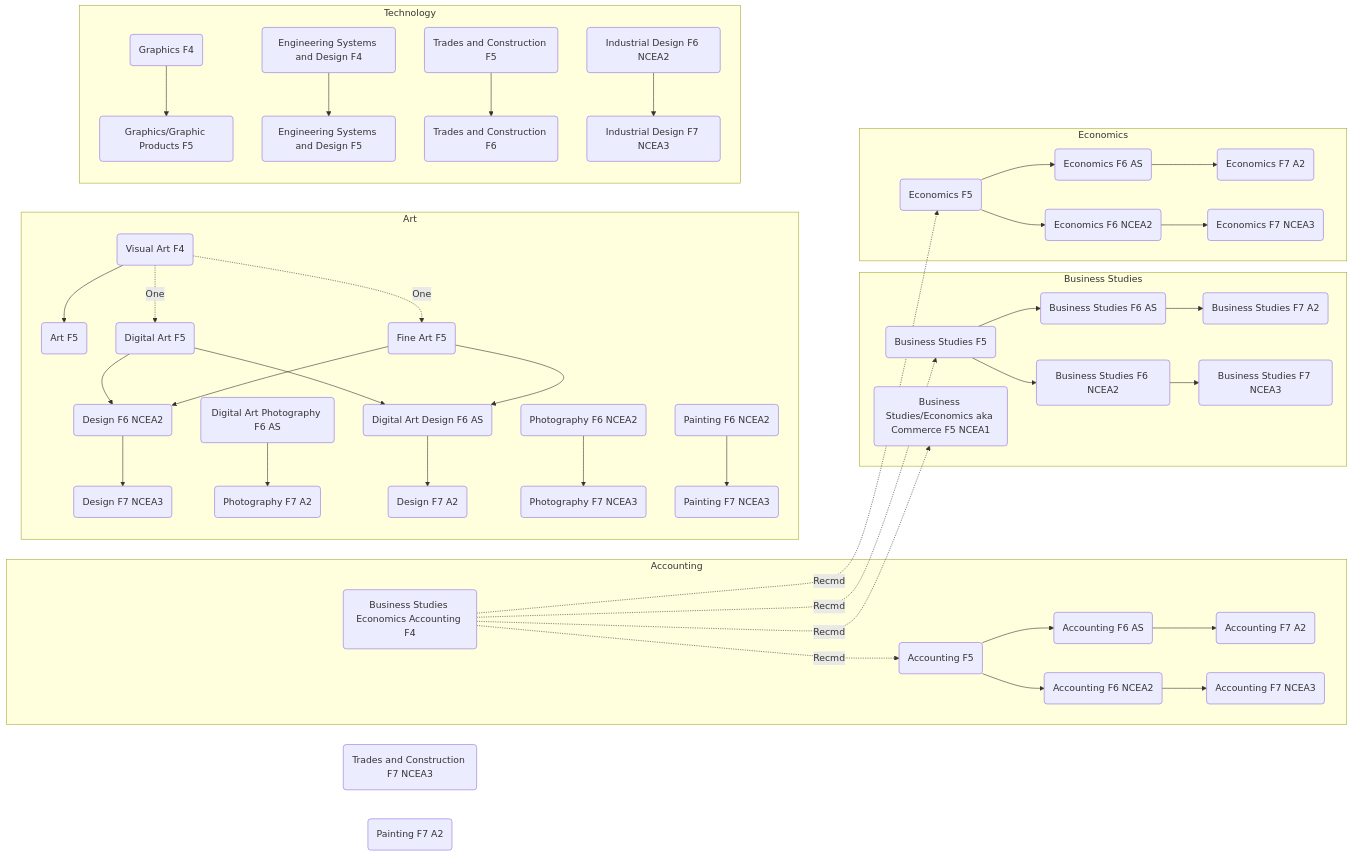
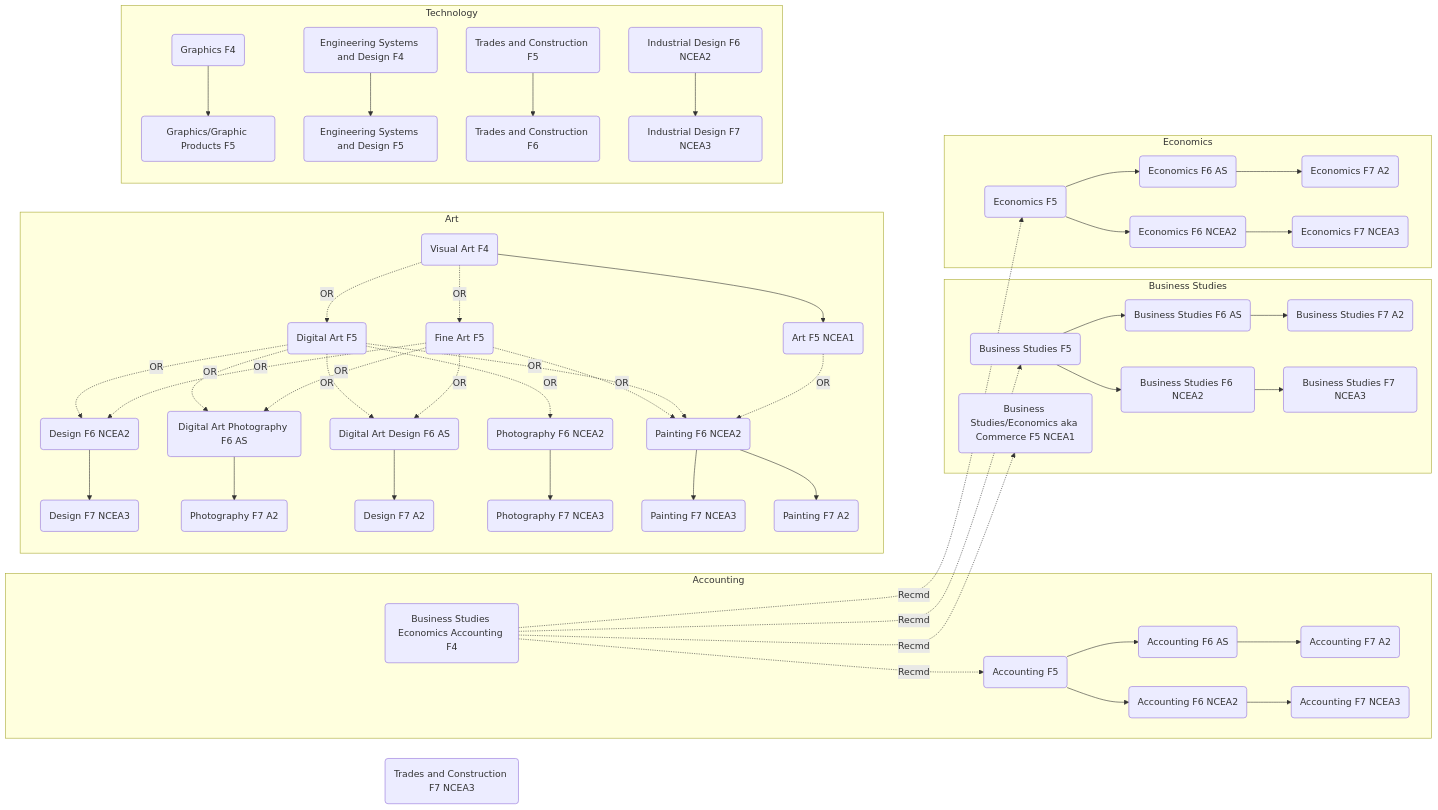
Before and after one commit to cszhe/ags: the diagram in course.md, drawn with Mermaid.

Commit message:
finished arts

```diff
--- a/course.md
+++ b/course.md
@@ -5,7 +5,7 @@
     4GRA(Graphics F4)
     4VIS(Visual Art F4)
     5ACC(Accounting F5)
-    5ART(Art F5)
+    5ART-N(Art F5 NCEA1)
     5BUS(Business Studies F5)
     5COM(Business Studies/Economics aka Commerce F5 NCEA1)
     5CON(Trades and Construction F5)
@@ -63,18 +63,25 @@
     end
 
     subgraph Art
-        4VIS --> 5ART
-        4VIS -.->|One| 5DAR
-        4VIS -.->|One| 5FAR
-        5DAR --> 6DES
-        5FAR --> 6DES
-        5DAR --> 6DAD
-        5FAR --> 6DAD
+        4VIS --> 5ART-N
+        4VIS -.->|OR| 5DAR
+        4VIS -.->|OR| 5FAR
+        5DAR -.->|OR| 6DES
+        5FAR -.->|OR| 6DES
+        5DAR -.->|OR| 6DAD
+        5FAR -.->|OR| 6DAD
+        5DAR -.->|OR| 6DAP-A
+        5FAR -.->|OR| 6DAP-A
+        5DAR -.->|OR| 6PHO-N
+        5FAR -.->|OR| 6PTG
+        5DAR -.->|OR| 6PTG
+        5ART-N -.->|OR| 6PTG
         6DES --> 7DES-N
         6DAP-A --> 7PHO-A
         6DAD --> 7DES-A
         6PHO-N --> 7PHO-N
         6PTG --> 7PTG-N
+        6PTG --> 7PTG-A
     end
 
     subgraph Technology
```
